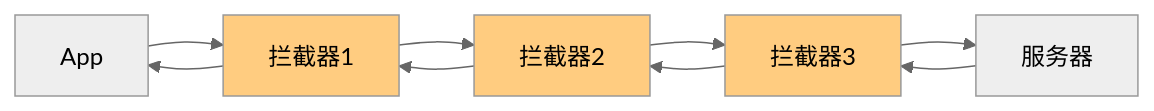
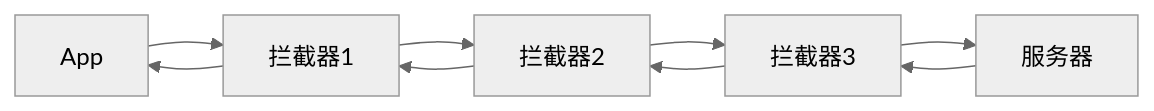
One commit to jiaxiangdong0309/StudyDocument changed the first of 2 diagrams in Android/12_OkHttp/2-进阶篇.md. Above: the diagram before and after it, drawn with Mermaid (neutral theme). The commit also changed other lines of this file and 67 other files, not shown here.

````diff
--- a/Android/12_OkHttp/2-进阶篇.md
+++ b/Android/12_OkHttp/2-进阶篇.md
@@ -11,15 +11,13 @@
 ```mermaid
 graph LR
     A[App] --> B[拦截器1]
     B --> C[拦截器2]
     C --> D[拦截器3]
     D --> E[服务器]
     E --> D
     D --> C
     C --> B
     B --> A
-    
-    style B fill:#ffcc80
-    style C fill:#ffcc80
-    style D fill:#ffcc80
+
+
 ```
````
